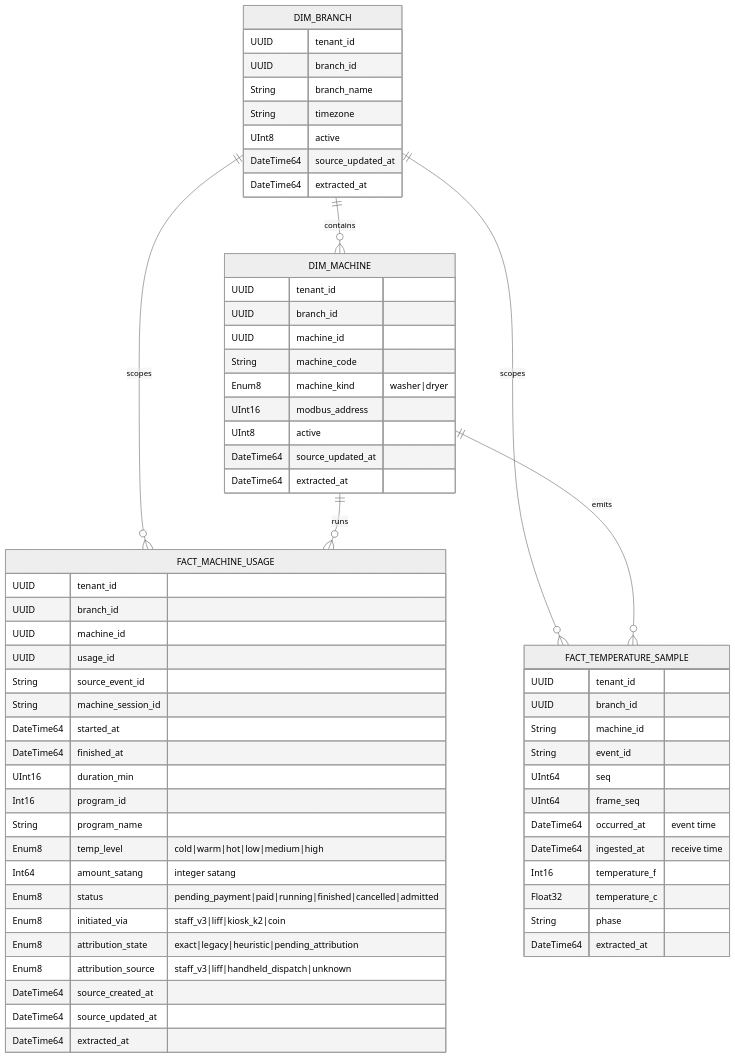
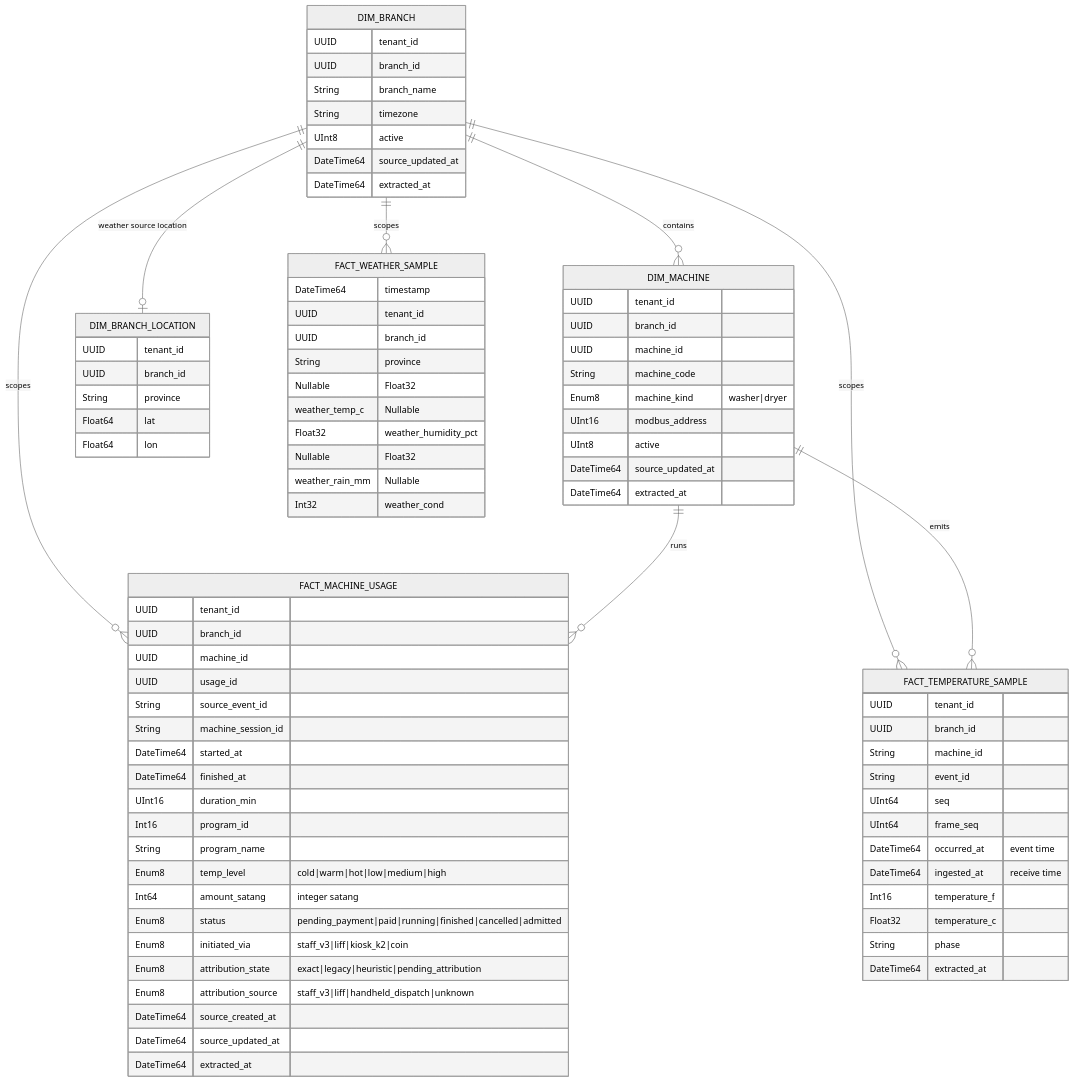
The second of 2 diagrams in docs/02_architecture/er-diagram-implementation.md (Bunyakorn-K/CE-Project-2026), drawn with Mermaid (neutral theme) before and after one commit. The commit also changed other lines of this file and 2 other files, not shown here.

Commit message:
docs: sync implementation docs to current state (124 tests, weather schema, AI console)
- test_cases: 109→124 tests (api 87/web 2/etl 35), coverage rows for
  mcp/weather tests, correct etl test file list
- er-diagram-implementation: add dim_branch_location + fact_weather_sample
  entities and relations; notes on ops-provisioned location vs IRIS-mirrored
  dim_branch
- use-case-sequence-diagrams: scope + UC-07 AI console, UC-08 weather; SD-5
  MCP tool call sequence (verified E2E via LibreChat 2026-09-14)

````diff
--- a/docs/02_architecture/er-diagram-implementation.md
+++ b/docs/02_architecture/er-diagram-implementation.md
@@ -134,6 +134,8 @@
     DIM_MACHINE ||--o{ FACT_MACHINE_USAGE : "runs"
     DIM_BRANCH ||--o{ FACT_TEMPERATURE_SAMPLE : "scopes"
     DIM_MACHINE ||--o{ FACT_TEMPERATURE_SAMPLE : "emits"
+    DIM_BRANCH ||--o| DIM_BRANCH_LOCATION : "weather source location"
+    DIM_BRANCH ||--o{ FACT_WEATHER_SAMPLE : "scopes"
 
     DIM_BRANCH {
         UUID tenant_id
@@ -191,4 +193,21 @@
         String phase
         DateTime64 extracted_at
     }
+    DIM_BRANCH_LOCATION {
+        UUID tenant_id
+        UUID branch_id
+        String province
+        Float64 lat
+        Float64 lon
+    }
+    FACT_WEATHER_SAMPLE {
+        DateTime64 timestamp
+        UUID tenant_id
+        UUID branch_id
+        String province
+        Nullable Float32 weather_temp_c
+        Nullable Float32 weather_humidity_pct
+        Nullable Float32 weather_rain_mm
+        Nullable Int32 weather_cond
+    }
 ```
````
